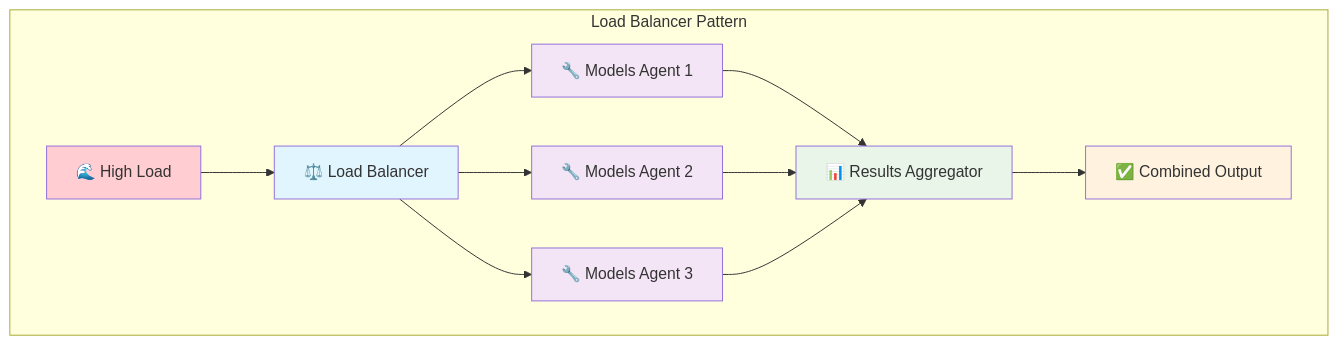
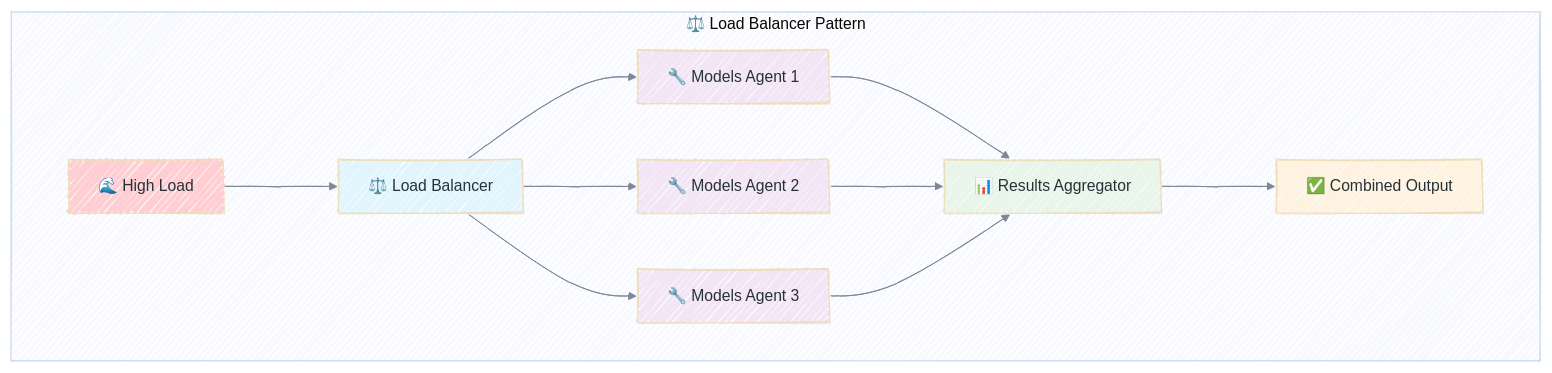
Diagram 11 of 16 in _posts/2025-06-29-claudeonrails-ai-powered-rails-development-swarm.md (enogrob/enogrob.github.io), drawn with Mermaid before and after one commit. The commit also changed other lines of this file and 12 other files, not shown here.

````diff
--- a/_posts/2025-06-29-claudeonrails-ai-powered-rails-development-swarm.md
+++ b/_posts/2025-06-29-claudeonrails-ai-powered-rails-development-swarm.md
@@ -401,21 +411,22 @@
 ```mermaid!
-graph 
-    subgraph "Load Balancer Pattern"
+%%{init: {"theme": "base", "look": "handDrawn", "themeVariables": {"fontFamily": "ui-sans-serif, system-ui, sans-serif", "lineColor": "#7c8798", "primaryTextColor": "#263238"}, "flowchart": {"nodeSpacing": 55, "rankSpacing": 90}}}%%
+flowchart TD
+    subgraph LoadBalancer["⚖️ Load Balancer Pattern"]
         A["🌊 High Load"] --> B["⚖️ Load Balancer"]
         B --> C["🔧 Models Agent 1"]
         B --> D["🔧 Models Agent 2"]
         B --> E["🔧 Models Agent 3"]
         C --> F["📊 Results Aggregator"]
         D --> F
         E --> F
         F --> G["✅ Combined Output"]
     end
     
     style A fill:#ffcdd2
     style B fill:#e1f5fe
     style C fill:#f3e5f5
     style D fill:#f3e5f5
     style E fill:#f3e5f5
     style F fill:#e8f5e8
     style G fill:#fff3e0
 ```
````
